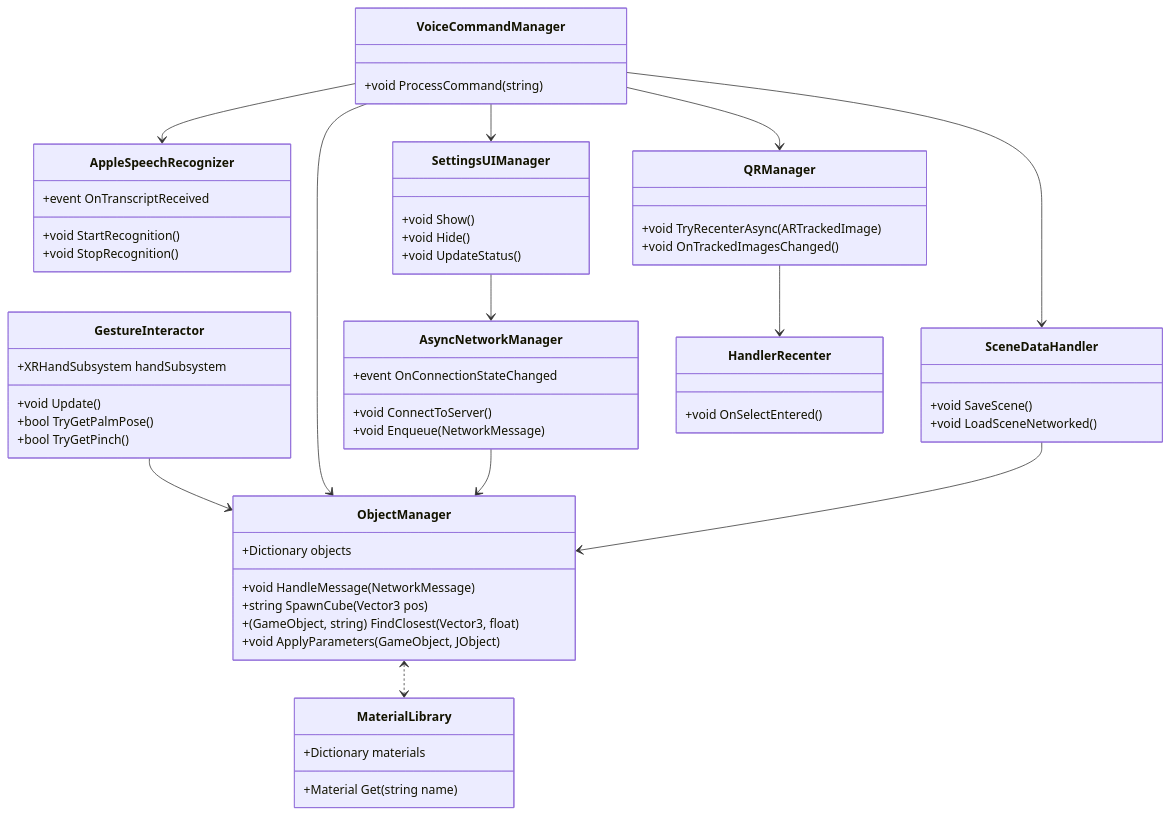
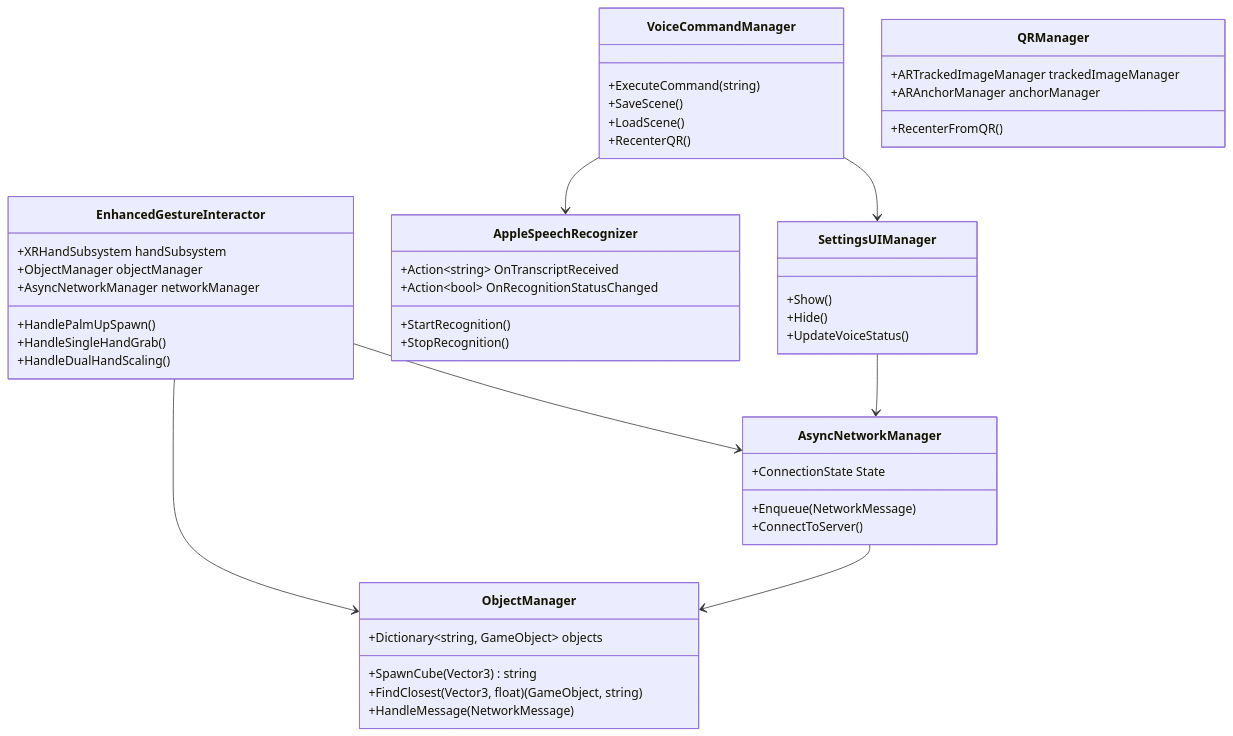
The diagram in Assets/NextReality/README.md (archilab/NextReality_Unity_AVP), drawn with Mermaid before and after one commit. The commit also changed other lines of this file and 4 other files, not shown here.

````diff
--- a/Assets/NextReality/README.md
+++ b/Assets/NextReality/README.md
@@ -95,61 +184,57 @@
 ```mermaid
 classDiagram
+    class EnhancedGestureInteractor {
+        +XRHandSubsystem handSubsystem
+        +ObjectManager objectManager
+        +AsyncNetworkManager networkManager
+        +HandlePalmUpSpawn()
+        +HandleSingleHandGrab()
+        +HandleDualHandScaling()
+    }
+    
     class ObjectManager {
-        +Dictionary<string, GameObject> objects
-        +void HandleMessage(NetworkMessage)
-        +string SpawnCube(Vector3 pos)
-        +(GameObject, string) FindClosest(Vector3, float)
-        +void ApplyParameters(GameObject, JObject)
+        +Dictionary~string, GameObject~ objects
+        +SpawnCube(Vector3) string
+        +FindClosest(Vector3, float) (GameObject, string)
+        +HandleMessage(NetworkMessage)
     }
-    class MaterialLibrary {
-        +Dictionary<string, Material> materials
-        +Material Get(string name)
+    
+    class AppleSpeechRecognizer {
+        +Action~string~ OnTranscriptReceived
+        +Action~bool~ OnRecognitionStatusChanged
+        +StartRecognition()
+        +StopRecognition()
     }
-    class GestureInteractor {
-        +XRHandSubsystem handSubsystem
-        +void Update()
-        +bool TryGetPalmPose()
-        +bool TryGetPinch()
+    
+    class VoiceCommandManager {
+        +ExecuteCommand(string)
+        +SaveScene()
+        +LoadScene()
+        +RecenterQR()
     }
-    class AppleSpeechRecognizer {
-        +void StartRecognition()
-        +void StopRecognition()
-        +event OnTranscriptReceived
+    
+    class AsyncNetworkManager {
+        +ConnectionState State
+        +Enqueue(NetworkMessage)
+        +ConnectToServer()
     }
-    class VoiceCommandManager {
-        +void ProcessCommand(string)
+    
+    class QRManager {
+        +ARTrackedImageManager trackedImageManager
+        +ARAnchorManager anchorManager
+        +RecenterFromQR()
     }
-    class AsyncNetworkManager {
-        +void ConnectToServer()
-        +void Enqueue(NetworkMessage)
-        +event OnConnectionStateChanged
+    
+    class SettingsUIManager {
+        +Show()
+        +Hide()
+        +UpdateVoiceStatus()
     }
-    class SceneDataHandler {
-        +void SaveScene()
-        +void LoadSceneNetworked()
-    }
-    class QRManager {
-        +void TryRecenterAsync(ARTrackedImage)
-        +void OnTrackedImagesChanged()
-    }
-    class HandlerRecenter {
-        +void OnSelectEntered()
-    }
-    class SettingsUIManager {
-        +void Show()
-        +void Hide()
-        +void UpdateStatus()
-    }
-
-    ObjectManager <..> MaterialLibrary
-    GestureInteractor --> ObjectManager
+    
+    EnhancedGestureInteractor --> ObjectManager
+    EnhancedGestureInteractor --> AsyncNetworkManager
     VoiceCommandManager --> AppleSpeechRecognizer
-    VoiceCommandManager --> ObjectManager
-    VoiceCommandManager --> SceneDataHandler
-    VoiceCommandManager --> QRManager
     VoiceCommandManager --> SettingsUIManager
     AsyncNetworkManager --> ObjectManager
-    SceneDataHandler --> ObjectManager
-    QRManager --> HandlerRecenter
     SettingsUIManager --> AsyncNetworkManager
 ```
````
